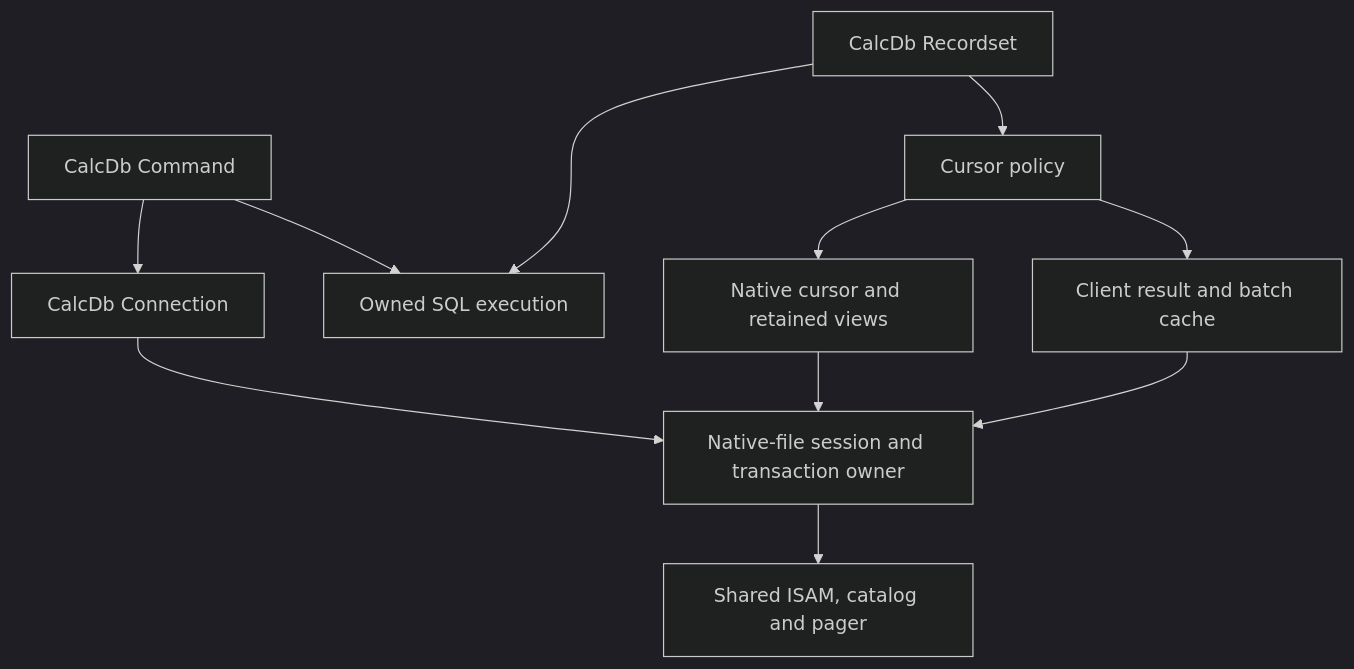
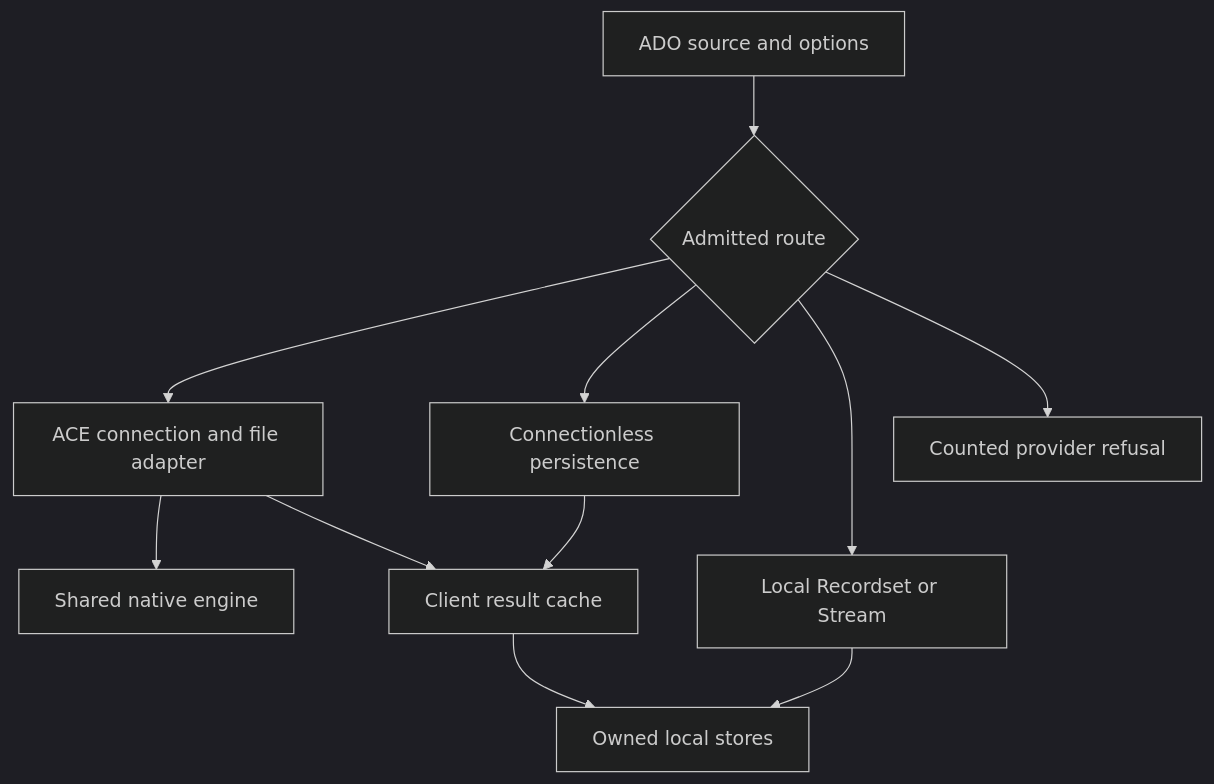
The third of 7 diagrams in docs/book/II-12-object-models.md (DnaCalc/CalcDb), drawn with Mermaid (dark theme) before and after one commit. The commit also changed other lines of this file and 41 other files, not shown here.

````diff
--- a/docs/book/II-12-object-models.md
+++ b/docs/book/II-12-object-models.md
@@ -451,13 +468,13 @@
 ```mermaid
 flowchart TD
-    C["CalcDb Connection"] --> S["Native-file session and transaction owner"]
-    M["CalcDb Command"] --> C
-    M --> E["Owned SQL execution"]
-    R["CalcDb Recordset"] --> E
-    R --> P["Cursor policy"]
-    P --> L["Native cursor and retained views"]
-    P --> B["Client result and batch cache"]
-    L --> S
-    B --> S
-    S --> I["Shared ISAM, catalog and pager"]
+    A["ADO source and options"] --> R{"Admitted route"}
+    R --> N["ACE connection and file adapter"]
+    R --> P["Connectionless persistence"]
+    R --> L["Local Recordset or Stream"]
+    R --> X["Counted provider refusal"]
+    N --> E["Shared native engine"]
+    N --> C["Client result cache"]
+    P --> C
+    C --> O["Owned local stores"]
+    L --> O
 ```
````
